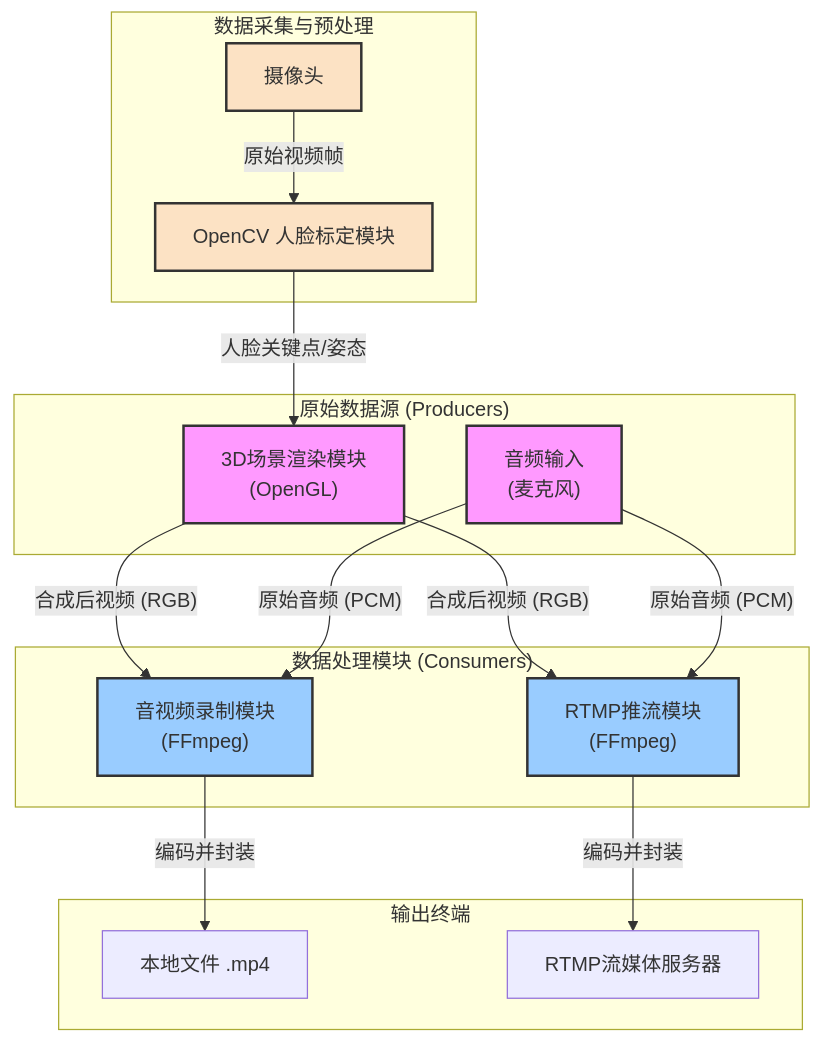
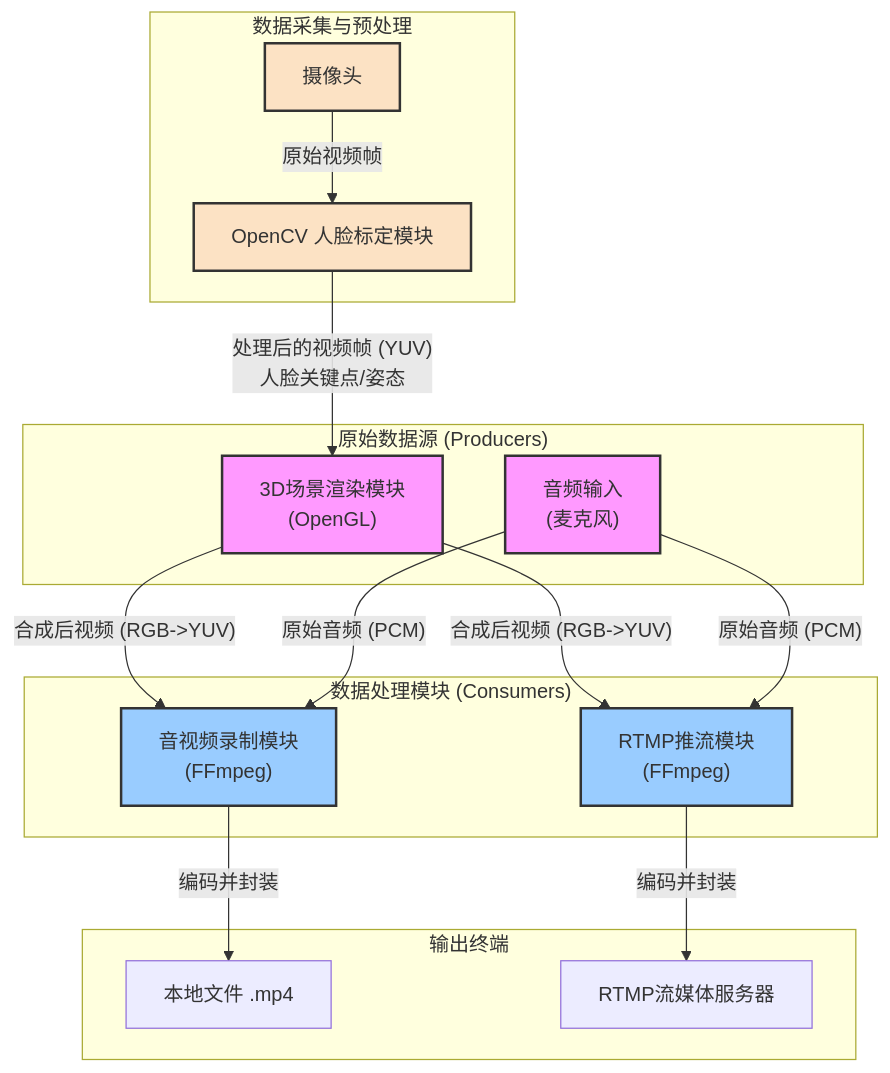
Before and after one commit to HHH-CHN17/LMEngine: the first of 5 diagrams in README.md, drawn with Mermaid. The commit also changed other lines of this file and 3 other files, not shown here.

````diff
--- a/README.md
+++ b/README.md
@@ -9,41 +9,41 @@
 ```mermaid
 flowchart TD
     subgraph "数据采集与预处理"
         Z[摄像头]
         Y["OpenCV 人脸标定模块"]
     end
 
     subgraph "原始数据源 (Producers)"
         A["3D场景渲染模块<br>(OpenGL)"]
         B["音频输入<br>(麦克风)"]
     end
 
     subgraph "数据处理模块 (Consumers)"
         C["音视频录制模块<br>(FFmpeg)"]
         D["RTMP推流模块<br>(FFmpeg)"]
     end
 
     subgraph "输出终端"
         E[本地文件 .mp4]
         F[RTMP流媒体服务器]
     end
 
     Z -- "原始视频帧" --> Y
-    Y -- "人脸关键点/姿态" --> A
+    Y -- "处理后的视频帧 (YUV)<br>人脸关键点/姿态" --> A
 
-    A -- "合成后视频 (RGB)" --> C
+    A -- "合成后视频 (RGB->YUV)" --> C
     B -- "原始音频 (PCM)" --> C
 
-    A -- "合成后视频 (RGB)" --> D
+    A -- "合成后视频 (RGB->YUV)" --> D
     B -- "原始音频 (PCM)" --> D
 
     C -- "编码并封装" --> E
     D -- "编码并封装" --> F
 
     classDef producer fill:#f9f,stroke:#333,stroke-width:2px;
     classDef consumer fill:#9cf,stroke:#333,stroke-width:2px;
     classDef preprocess fill:#fce2c4,stroke:#333,stroke-width:2px;
     class A,B producer;
     class C,D consumer;
     class Y,Z preprocess;
 ```
````
